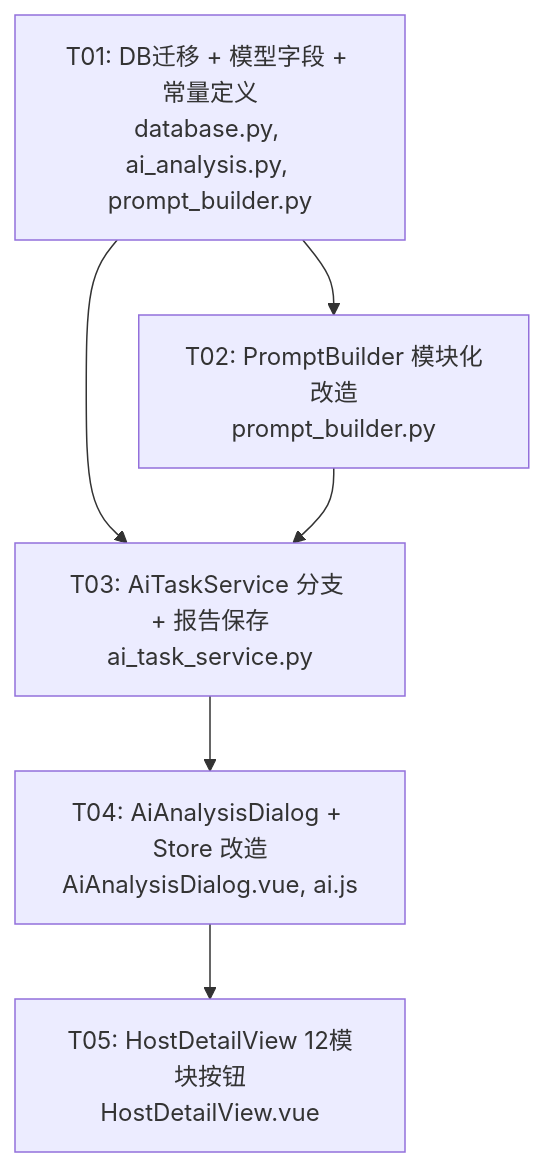
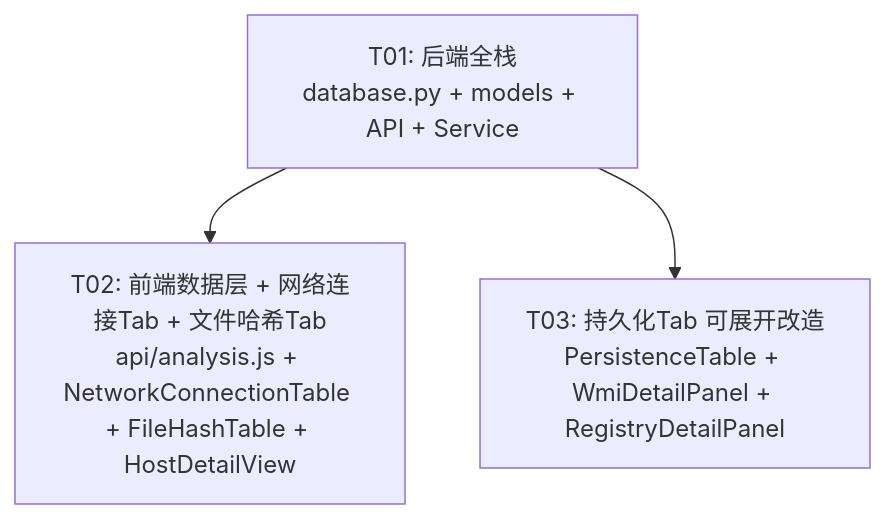
The second of 2 diagrams in docs/system_design.md (xyz0915/ir-platform), drawn with Mermaid before and after one commit. The commit also changed other lines of this file and 14 other files, not shown here.

````diff
--- a/docs/system_design.md
+++ b/docs/system_design.md
@@ -387,14 +315,8 @@
 ```mermaid
 graph TD
-    T01["T01: DB迁移 + 模型字段 + 常量定义<br/>database.py, ai_analysis.py, prompt_builder.py"]
-    T02["T02: PromptBuilder 模块化改造<br/>prompt_builder.py"]
-    T03["T03: AiTaskService 分支 + 报告保存<br/>ai_task_service.py"]
-    T04["T04: AiAnalysisDialog + Store 改造<br/>AiAnalysisDialog.vue, ai.js"]
-    T05["T05: HostDetailView 12模块按钮<br/>HostDetailView.vue"]
-
+    T01["T01: 后端全栈<br/>database.py + models + API + Service"]
+    T02["T02: 前端数据层 + 网络连接Tab + 文件哈希Tab<br/>api/analysis.js + NetworkConnectionTable + FileHashTable + HostDetailView"]
+    T03["T03: 持久化Tab 可展开改造<br/>PersistenceTable + WmiDetailPanel + RegistryDetailPanel"]
     T01 --> T02
     T01 --> T03
-    T02 --> T03
-    T03 --> T04
-    T04 --> T05
 ```
````
